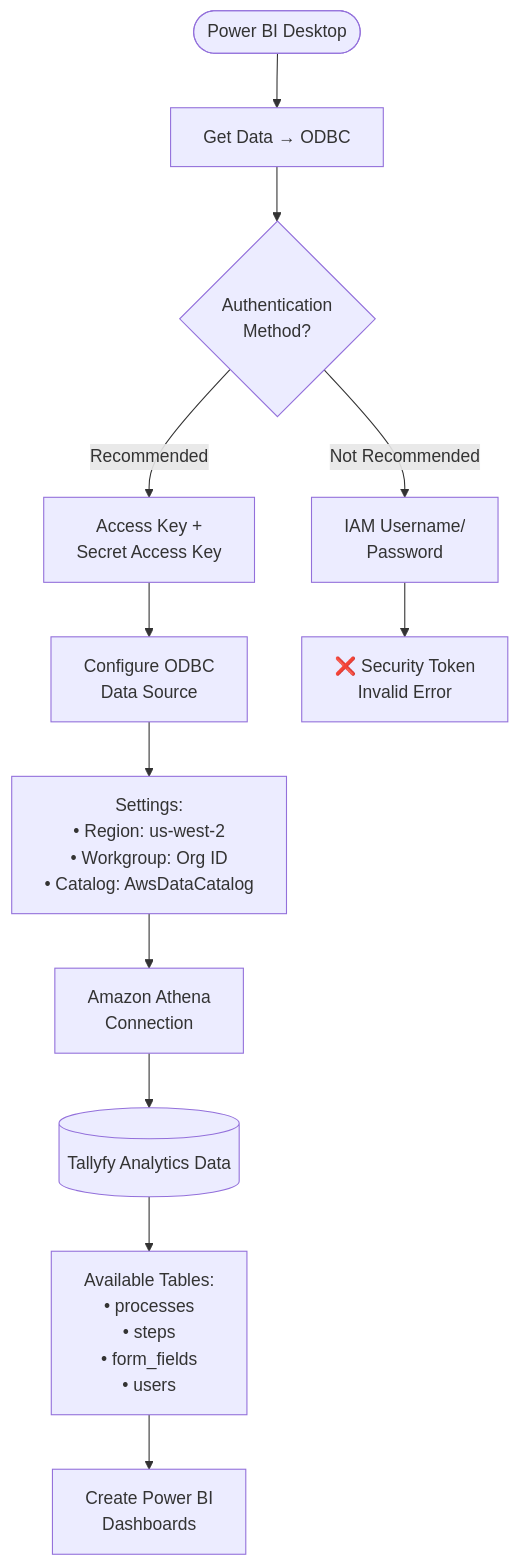
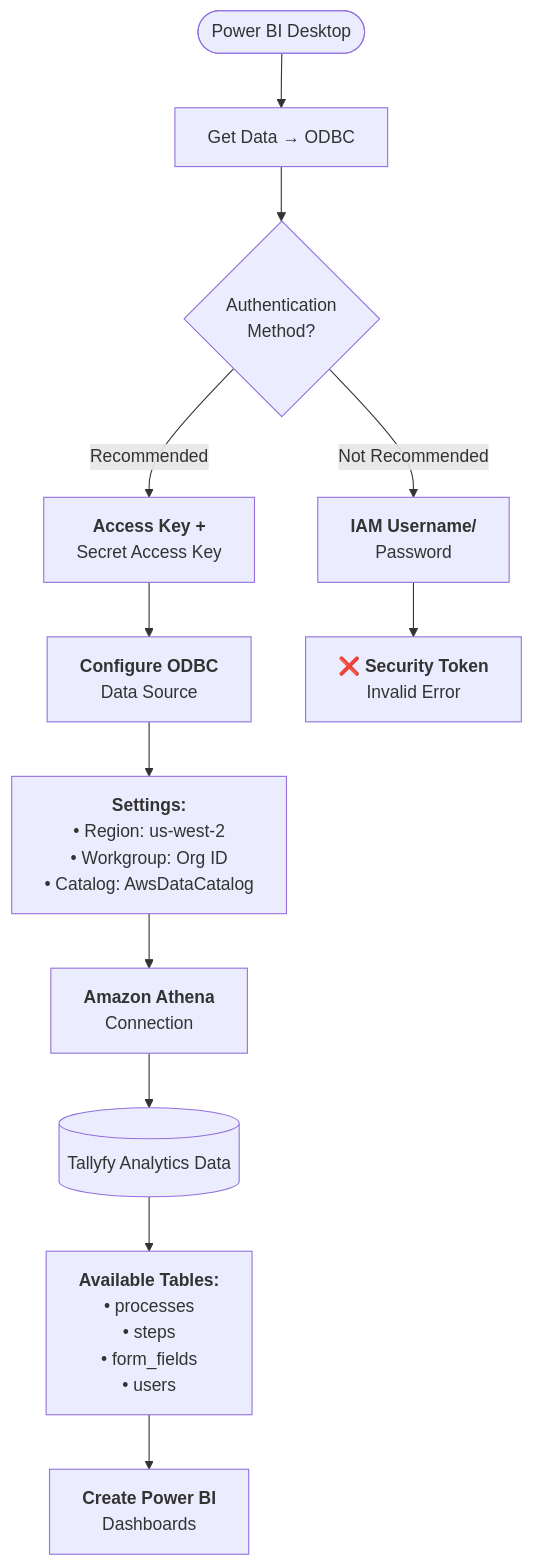
The diagram in src/content/docs/pro/integrations/analytics/powerbi/how-to-analyze-tallyfy-workflows-with-power-bi.mdx (tallyfy/documentation), drawn with Mermaid before and after one commit. The commit also changed 22 other files, not shown here.

Commit message:
Adding changes to Mermaid

````diff
--- a/src/content/docs/pro/integrations/analytics/powerbi/how-to-analyze-tallyfy-workflows-with-power-bi.mdx
+++ b/src/content/docs/pro/integrations/analytics/powerbi/how-to-analyze-tallyfy-workflows-with-power-bi.mdx
@@ -29,24 +29,37 @@
 ```mermaid
 flowchart TD
     Start([Power BI Desktop]) --> GetData[Get Data → ODBC]
     GetData --> CheckAuth{Authentication<br/>Method?}
     
-    CheckAuth -->|Recommended| AccessKey[Access Key +<br/>Secret Access Key]
-    CheckAuth -->|Not Recommended| IAM[IAM Username/<br/>Password]
+    CheckAuth -->|"`Recommended`"| AccessKey["`**Access Key +**
+Secret Access Key`"]
+    CheckAuth -->|"`Not Recommended`"| IAM["`**IAM Username/**
+Password`"]
     
-    AccessKey --> ODBC[Configure ODBC<br/>Data Source]
-    IAM --> Error[❌ Security Token<br/>Invalid Error]
+    AccessKey --> ODBC["`**Configure ODBC**
+Data Source`"]
+    IAM --> Error["`**❌ Security Token**
+Invalid Error`"]
     
-    ODBC --> Settings[Settings:<br/>• Region: us-west-2<br/>• Workgroup: Org ID<br/>• Catalog: AwsDataCatalog]
+    ODBC --> Settings["`**Settings:**
+• Region: us-west-2
+• Workgroup: Org ID
+• Catalog: AwsDataCatalog`"]
     
-    Settings --> Athena[Amazon Athena<br/>Connection]
+    Settings --> Athena["`**Amazon Athena**
+Connection`"]
     
     Athena --> Data[(Tallyfy Analytics Data)]
     
-    Data --> Tables[Available Tables:<br/>• processes<br/>• steps<br/>• form_fields<br/>• users]
+    Data --> Tables["`**Available Tables:**
+• processes
+• steps
+• form_fields
+• users`"]
     
-    Tables --> Dashboard[Create Power BI<br/>Dashboards]
+    Tables --> Dashboard["`**Create Power BI**
+Dashboards`"]
     
     click ODBC "/products/pro/integrations/analytics/" "Analytics overview"
     click Athena "https://aws.amazon.com/athena/" "Learn about Amazon Athena"
 ```
````
